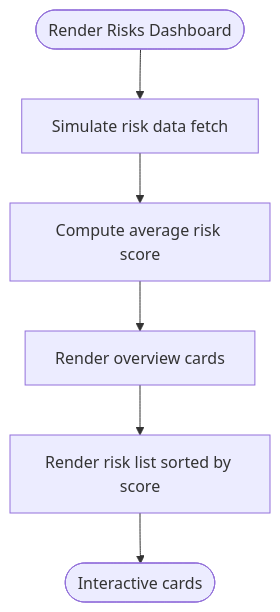
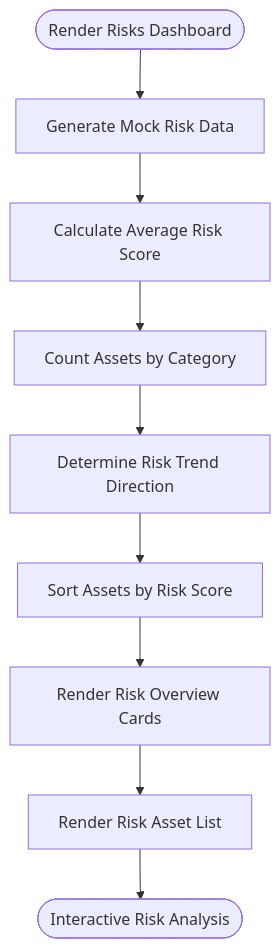
The fifth of 10 diagrams in .qoder/repowiki/en/content/Analytics & Reporting/Dashboard Components.md (celebigilfatih/infrascope), drawn with Mermaid before and after one commit. The commit also changed other lines of this file and 6 other files, not shown here.

````diff
--- a/.qoder/repowiki/en/content/Analytics & Reporting/Dashboard Components.md
+++ b/.qoder/repowiki/en/content/Analytics & Reporting/Dashboard Components.md
@@ -232,8 +273,11 @@
 ```mermaid
 flowchart TD
-Start(["Render Risks Dashboard"]) --> Fetch["Simulate risk data fetch"]
-Fetch --> ComputeAvg["Compute average risk score"]
-ComputeAvg --> RenderOverview["Render overview cards"]
-RenderOverview --> RenderList["Render risk list sorted by score"]
-RenderList --> End(["Interactive cards"])
+Start(["Render Risks Dashboard"]) --> GenerateMock["Generate Mock Risk Data"]
+GenerateMock --> CalcAverage["Calculate Average Risk Score"]
+CalcAverage --> CalcCategories["Count Assets by Category"]
+CalcCategories --> CalcTrend["Determine Risk Trend Direction"]
+CalcTrend --> SortAssets["Sort Assets by Risk Score"]
+SortAssets --> RenderCards["Render Risk Overview Cards"]
+RenderCards --> RenderList["Render Risk Asset List"]
+RenderList --> End(["Interactive Risk Analysis"])
 ```
````
